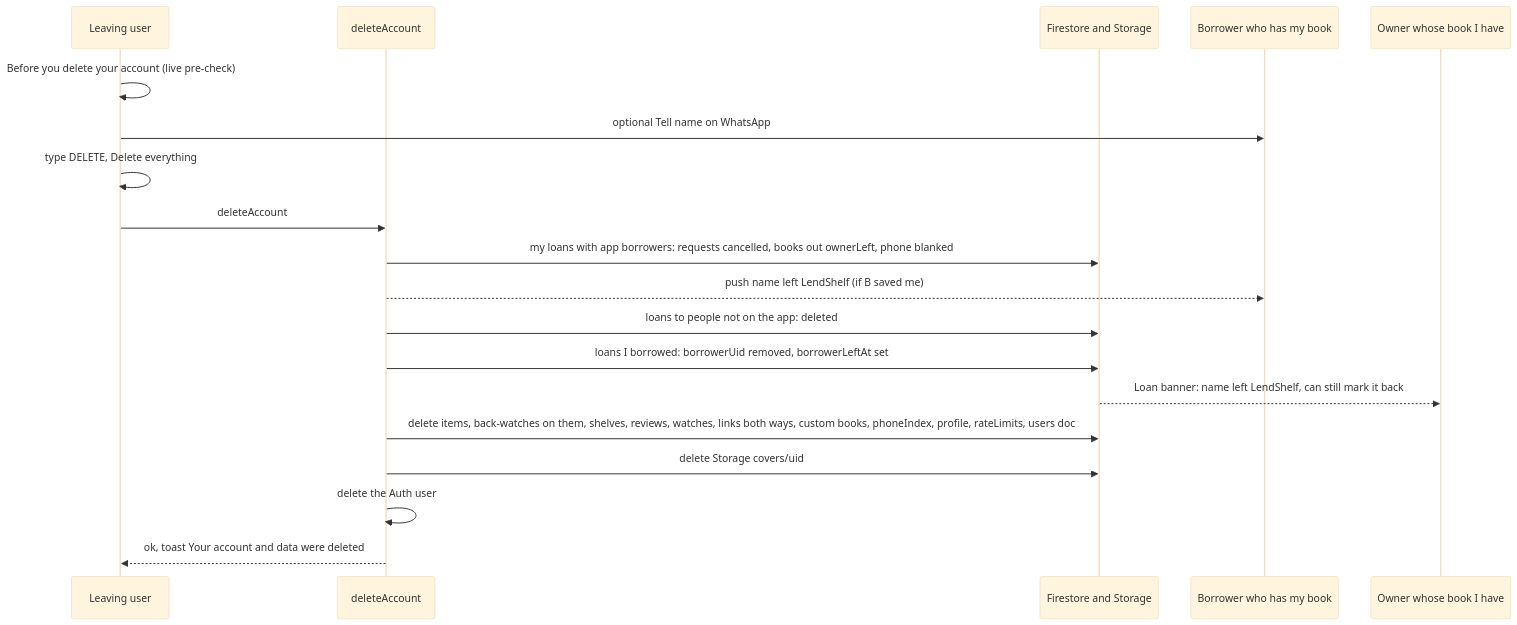
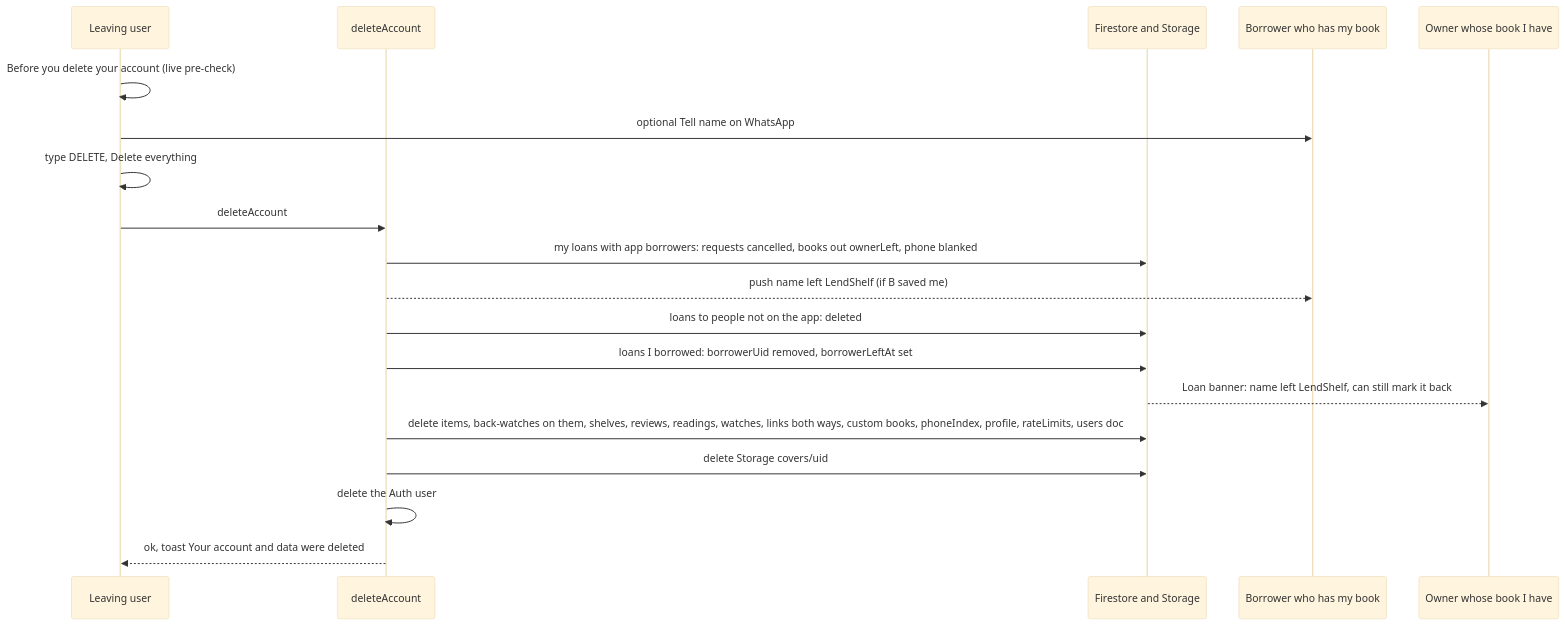
Before and after one commit to karanshah229/lendshelf: diagram 17 of 18 in docs/overview/USER-FLOWS.md, drawn with Mermaid (base theme). The commit also changed other lines of this file and 32 other files, not shown here.

````diff
--- a/docs/overview/USER-FLOWS.md
+++ b/docs/overview/USER-FLOWS.md
@@ -968,21 +969,21 @@
 ```mermaid
 sequenceDiagram
     participant U as Leaving user
     participant CF as deleteAccount
     participant FS as Firestore and Storage
     participant B as Borrower who has my book
     participant O as Owner whose book I have
     U->>U: Before you delete your account (live pre-check)
     U->>B: optional Tell name on WhatsApp
     U->>U: type DELETE, Delete everything
     U->>CF: deleteAccount
     CF->>FS: my loans with app borrowers: requests cancelled, books out ownerLeft, phone blanked
     CF-->>B: push name left LendShelf (if B saved me)
     CF->>FS: loans to people not on the app: deleted
     CF->>FS: loans I borrowed: borrowerUid removed, borrowerLeftAt set
     FS-->>O: Loan banner: name left LendShelf, can still mark it back
-    CF->>FS: delete items, back-watches on them, shelves, reviews, watches, links both ways, custom books, phoneIndex, profile, rateLimits, users doc
+    CF->>FS: delete items, back-watches on them, shelves, reviews, readings, watches, links both ways, custom books, phoneIndex, profile, rateLimits, users doc
     CF->>FS: delete Storage covers/uid
     CF->>CF: delete the Auth user
     CF-->>U: ok, toast Your account and data were deleted
 ```
````
